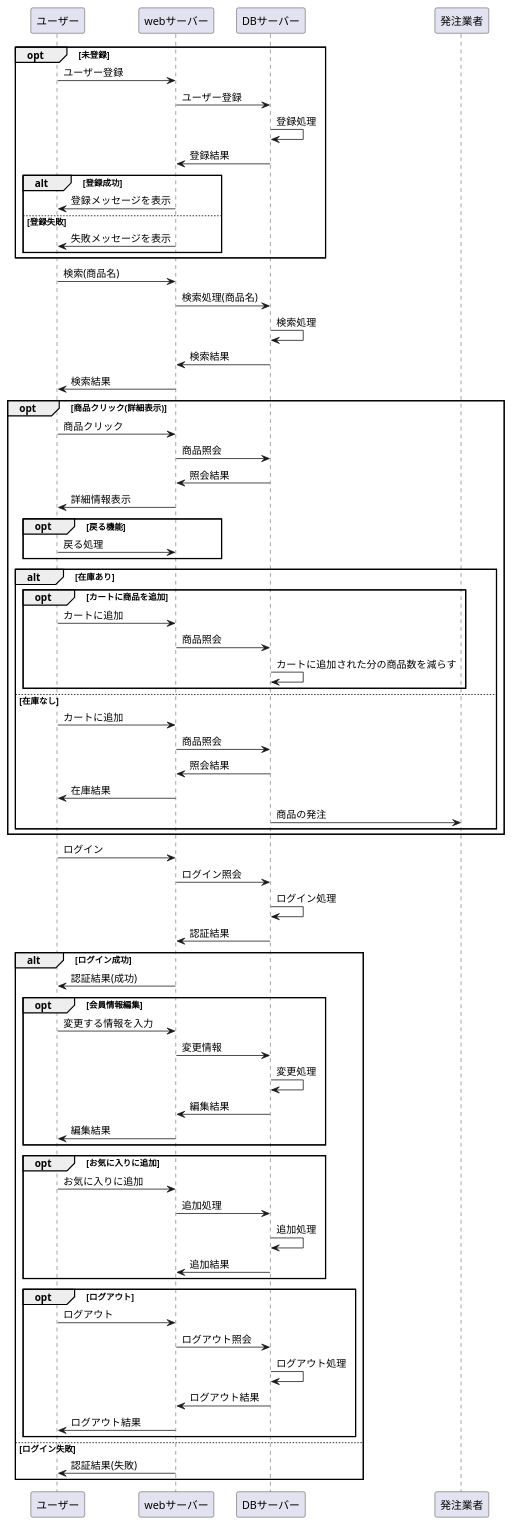
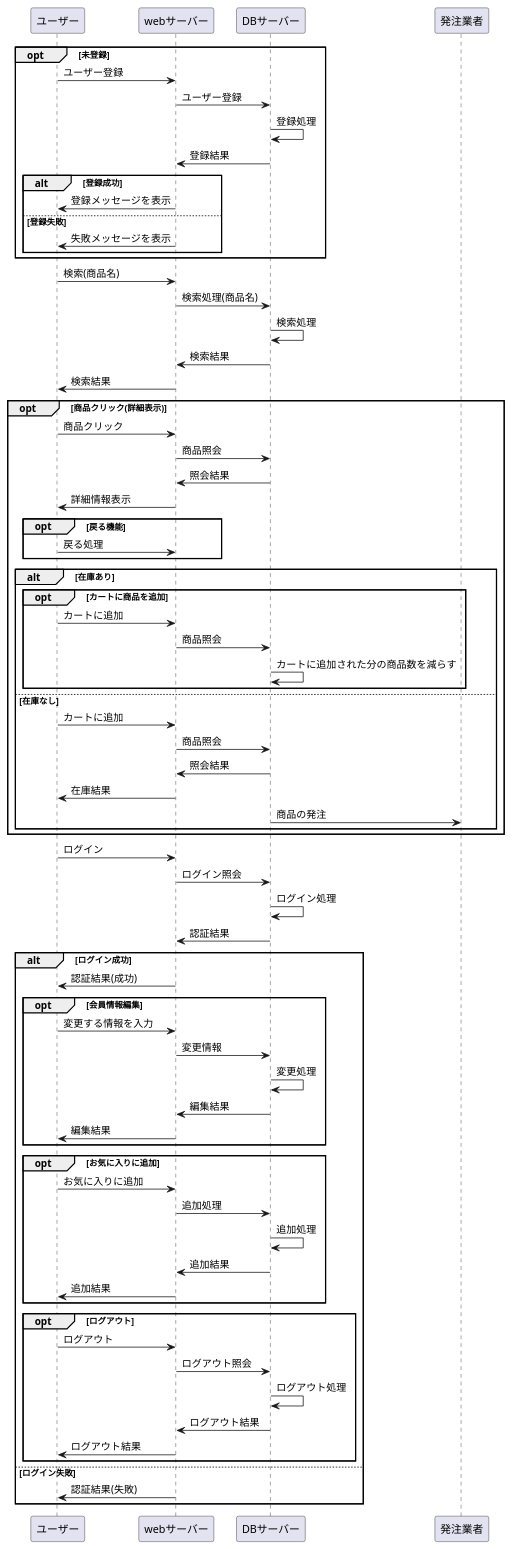
The diagram in Rainbows/業務フロー.md (Aso2001174/2021sys-design), drawn with PlantUML before and after one commit.

```diff
--- a/Rainbows/業務フロー.md
+++ b/Rainbows/業務フロー.md
@@ -68,6 +68,7 @@
 webサーバー -> DBサーバー : 追加処理
 DBサーバー -> DBサーバー : 追加処理
 DBサーバー -> webサーバー : 追加結果
+webサーバー -> ユーザー : 追加結果
 end
 
 opt ログアウト
```
